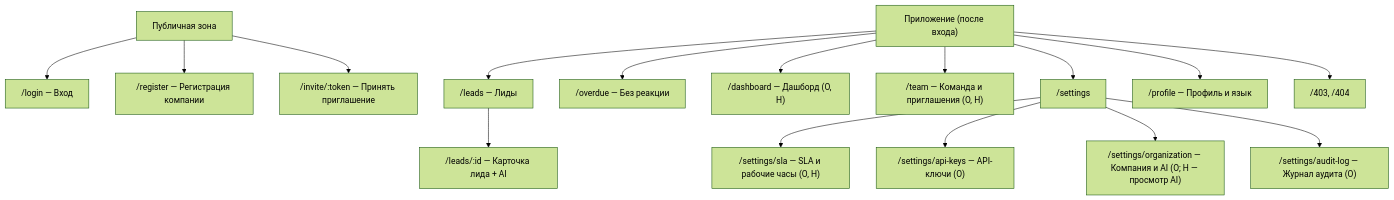
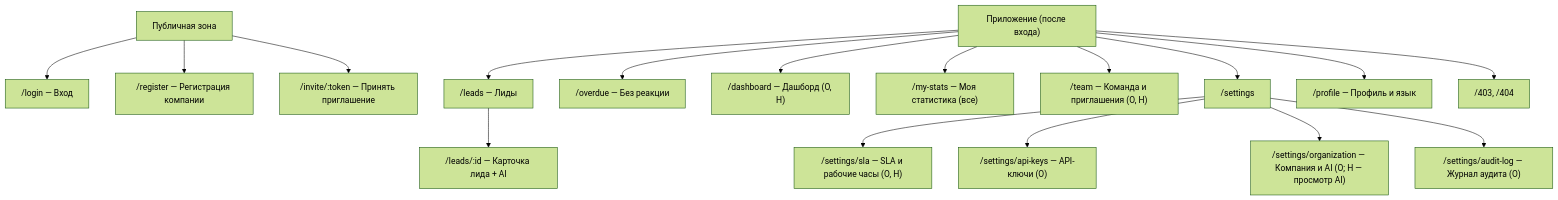
Before and after one commit to SkriLLTonE/vippi: the first of 5 diagrams in docs/design/UX-UI-spec.md, drawn with Mermaid (forest theme). The commit also changed other lines of this file and 6 other files, not shown here.

````diff
--- a/docs/design/UX-UI-spec.md
+++ b/docs/design/UX-UI-spec.md
@@ -22,18 +22,19 @@
 ```mermaid
 flowchart TD
   Public["Публичная зона"] --> Login["/login — Вход"]
   Public --> Register["/register — Регистрация компании"]
   Public --> Invite["/invite/:token — Принять приглашение"]
   App["Приложение (после входа)"] --> Leads["/leads — Лиды"]
   Leads --> LeadDetail["/leads/:id — Карточка лида + AI"]
   App --> Overdue["/overdue — Без реакции"]
   App --> Dashboard["/dashboard — Дашборд (O, H)"]
+  App --> MyStats["/my-stats — Моя статистика (все)"]
   App --> Team["/team — Команда и приглашения (O, H)"]
   App --> Settings["/settings"]
   Settings --> SSla["/settings/sla — SLA и рабочие часы (O, H)"]
   Settings --> SKeys["/settings/api-keys — API-ключи (O)"]
   Settings --> SOrg["/settings/organization — Компания и AI (O; H — просмотр AI)"]
   Settings --> SAudit["/settings/audit-log — Журнал аудита (O)"]
   App --> Profile["/profile — Профиль и язык"]
   App --> Err["/403, /404"]
 ```
````
